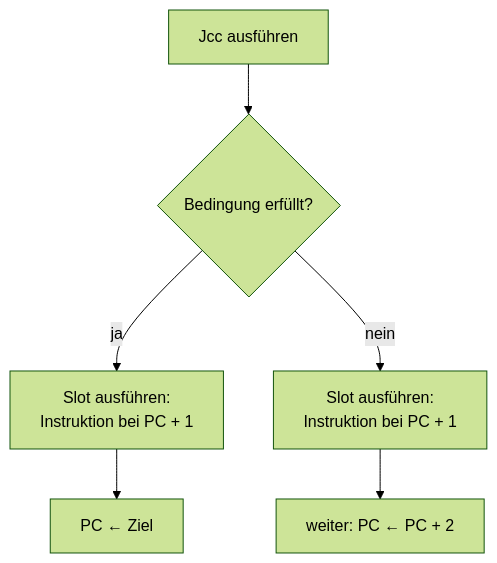
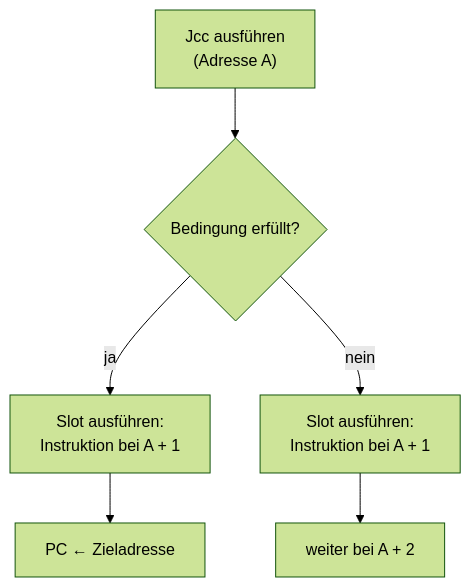
One commit to olfp/Deep16 changed the second of 4 diagrams in book/kap04.md. Above: the diagram before and after it, drawn with Mermaid (forest theme). The commit also changed other lines of this file and 3 other files, not shown here.

````diff
--- a/book/kap04.md
+++ b/book/kap04.md
@@ -102,8 +104,8 @@
 ```mermaid
 flowchart TD
-  A["Jcc ausführen"] --> B{"Bedingung erfüllt?"}
-  B -- "ja" --> S["Slot ausführen:<br/>Instruktion bei PC + 1"]
-  S --> C["PC ← Ziel"]
-  B -- "nein" --> S2["Slot ausführen:<br/>Instruktion bei PC + 1"]
-  S2 --> D["weiter: PC ← PC + 2"]
+  A0["Jcc ausführen<br/>(Adresse A)"] --> B{"Bedingung erfüllt?"}
+  B -- "ja" --> S["Slot ausführen:<br/>Instruktion bei A + 1"]
+  S --> C["PC ← Zieladresse"]
+  B -- "nein" --> S2["Slot ausführen:<br/>Instruktion bei A + 1"]
+  S2 --> D["weiter bei A + 2"]
 ```
````
